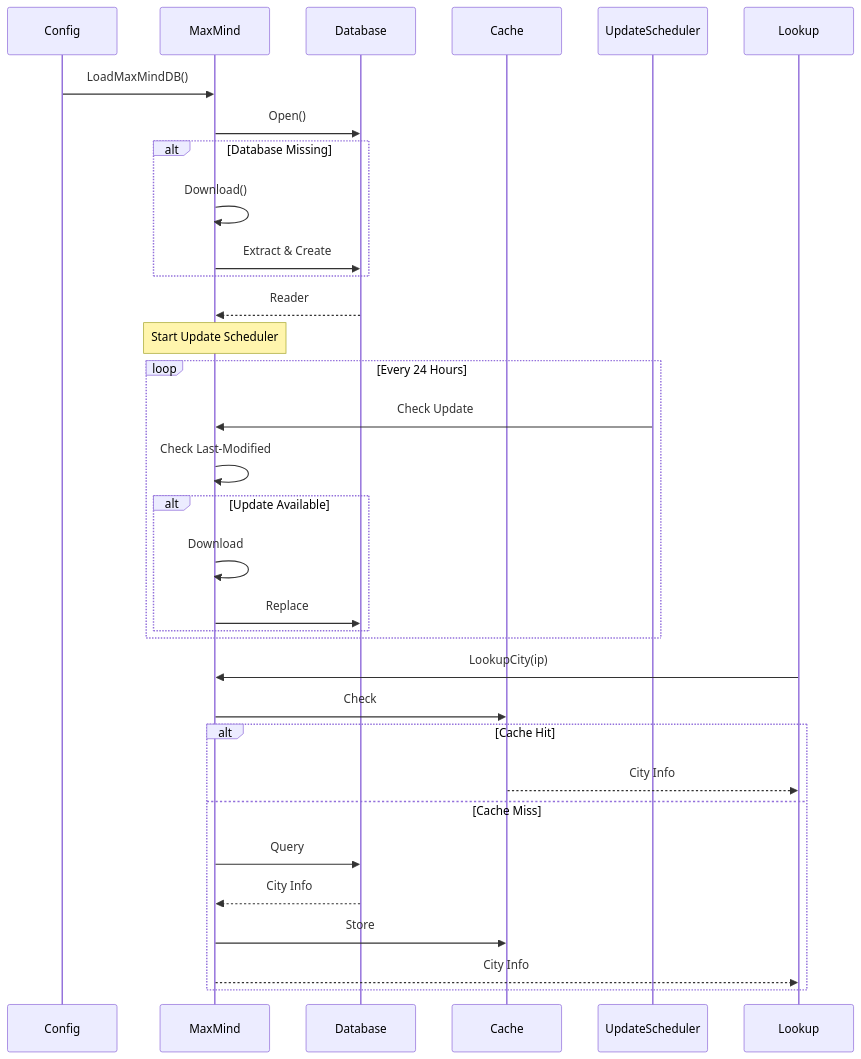
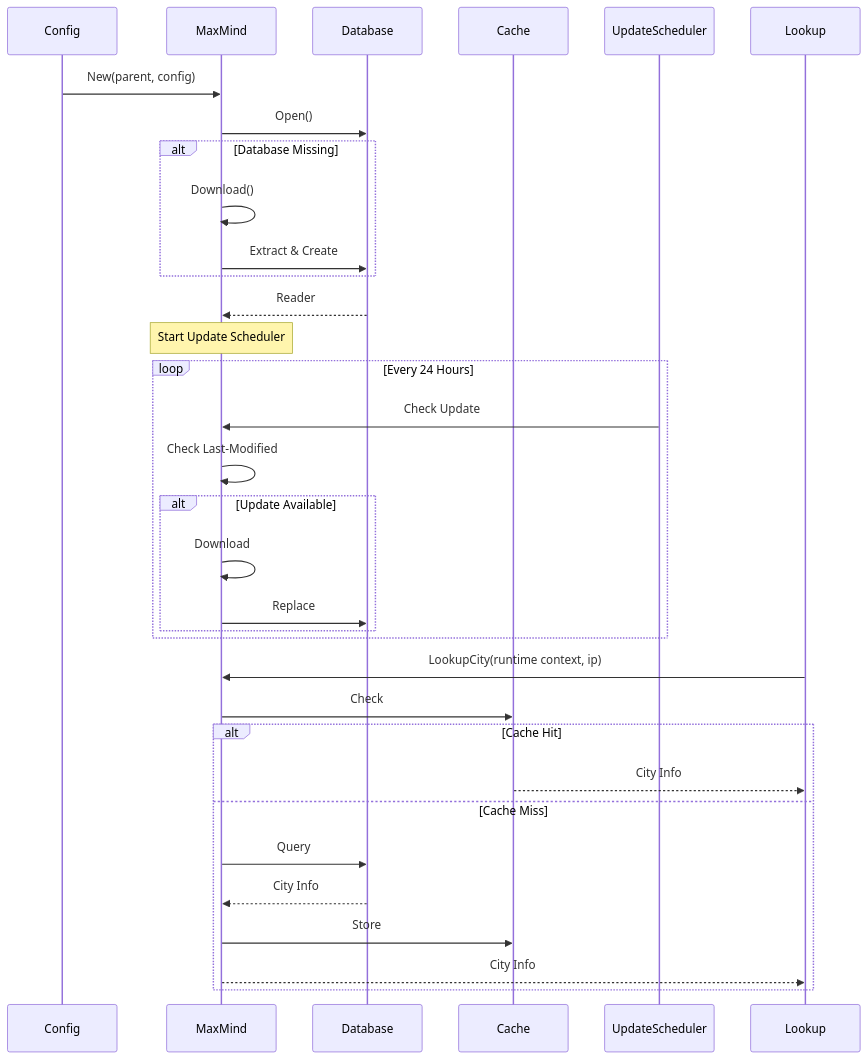
The second of 2 diagrams in content/docs/impl/internal-maxmind.mdx (yusing/godoxy-wiki), drawn with Mermaid before and after one commit. The commit also changed other lines of this file and 10 other files, not shown here.

First line of the commit message:
docs(godoxy): document runtime lifecycle and context ownership changes

````diff
--- a/content/docs/impl/internal-maxmind.mdx
+++ b/content/docs/impl/internal-maxmind.mdx
@@ -159,39 +166,39 @@
 ```mermaid
 sequenceDiagram
     participant Config
     participant MaxMind
     participant Database
     participant Cache
     participant UpdateScheduler
 
-    Config->>MaxMind: LoadMaxMindDB()
+    Config->>MaxMind: New(parent, config)
     MaxMind->>Database: Open()
     alt Database Missing
         MaxMind->>MaxMind: Download()
         MaxMind->>Database: Extract & Create
     end
     Database-->>MaxMind: Reader
 
     Note over MaxMind: Start Update Scheduler
 
     loop Every 24 Hours
         UpdateScheduler->>MaxMind: Check Update
         MaxMind->>MaxMind: Check Last-Modified
         alt Update Available
             MaxMind->>MaxMind: Download
             MaxMind->>Database: Replace
         end
     end
 
     participant Lookup
-    Lookup->>MaxMind: LookupCity(ip)
+    Lookup->>MaxMind: LookupCity(runtime context, ip)
     MaxMind->>Cache: Check
     alt Cache Hit
         Cache-->>Lookup: City Info
     else Cache Miss
         MaxMind->>Database: Query
         Database-->>MaxMind: City Info
         MaxMind->>Cache: Store
         MaxMind-->>Lookup: City Info
     end
 ```
````
